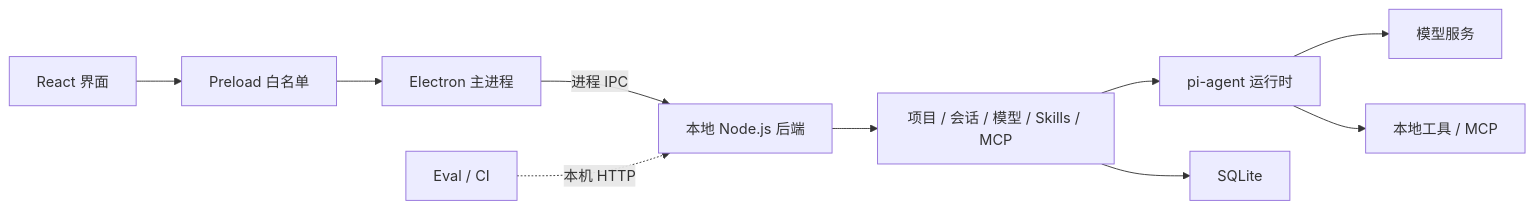
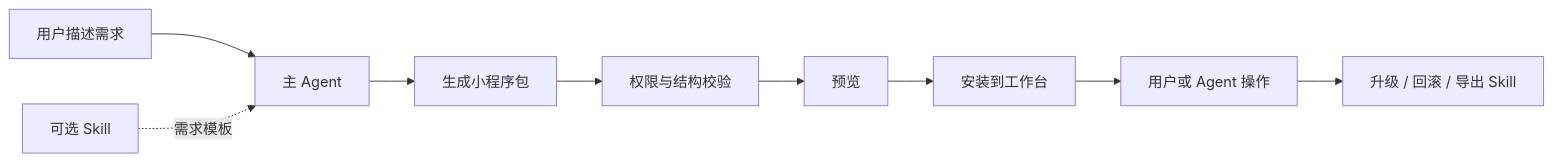
Before and after one commit to vibeinging/pi-desktop: the diagram in README.md, drawn with Mermaid. The commit also changed other lines of this file and 1205 other files, not shown here.

````diff
--- a/README.md
+++ b/README.md
@@ -51,12 +30,11 @@
 ```mermaid
 flowchart LR
-    UI["React 界面"] --> PRELOAD["Preload 白名单"]
-    PRELOAD --> MAIN["Electron 主进程"]
-    MAIN -->|进程 IPC| SERVER["本地 Node.js 后端"]
-    SERVER --> APP["项目 / 会话 / 模型 / Skills / MCP"]
-    APP --> AGENT["pi-agent 运行时"]
-    APP --> DB["SQLite"]
-    AGENT --> MODEL["模型服务"]
-    AGENT --> TOOLS["本地工具 / MCP"]
-    EVAL["Eval / CI"] -. 本机 HTTP .-> SERVER
+    USER["用户描述需求"] --> AGENT["主 Agent"]
+    SKILL["可选 Skill"] -. "需求模板" .-> AGENT
+    AGENT --> BUILD["生成小程序包"]
+    BUILD --> CHECK["权限与结构校验"]
+    CHECK --> PREVIEW["预览"]
+    PREVIEW --> INSTALL["安装到工作台"]
+    INSTALL --> OPERATE["用户或 Agent 操作"]
+    OPERATE --> EVOLVE["升级 / 回滚 / 导出 Skill"]
 ```
````
